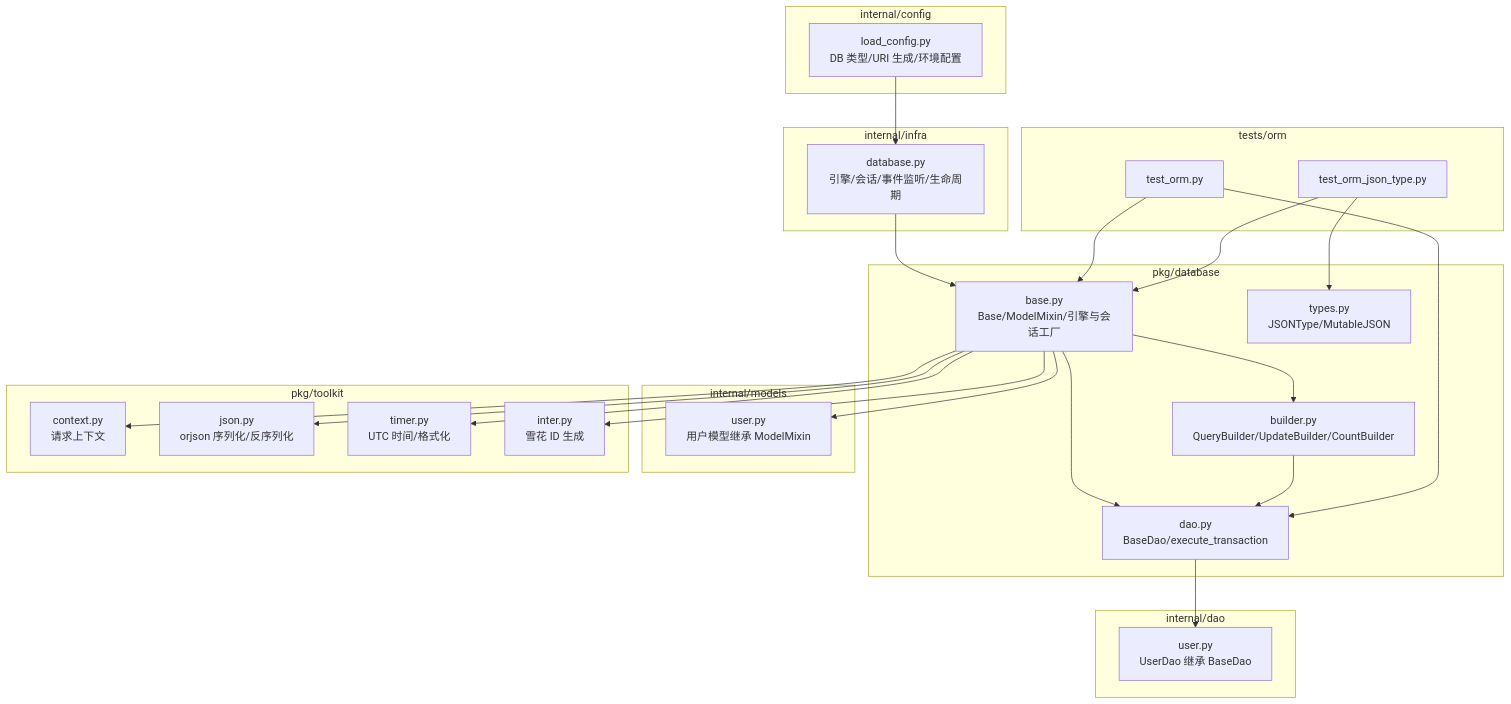
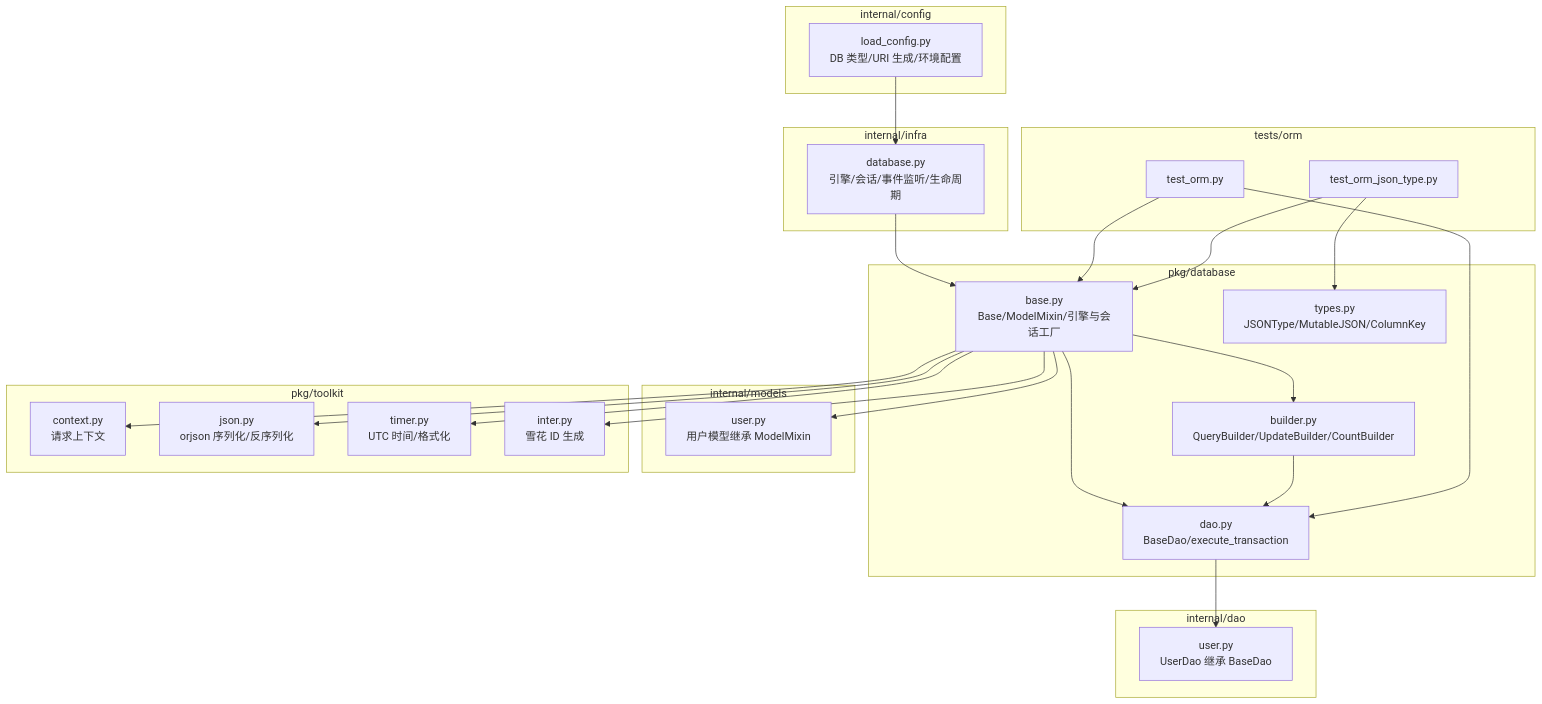
Before and after one commit to lilinzezzzzzz/fastapi-backend: the first of 12 diagrams in .qoder/repowiki/zh/content/基础设施工具/数据库工具.md, drawn with Mermaid. The commit also changed other lines of this file and 38 other files, not shown here.

````diff
--- a/.qoder/repowiki/zh/content/基础设施工具/数据库工具.md
+++ b/.qoder/repowiki/zh/content/基础设施工具/数据库工具.md
@@ -39,46 +41,46 @@
 ```mermaid
 graph TB
 subgraph "pkg/database"
 A["base.py<br/>Base/ModelMixin/引擎与会话工厂"]
 B["builder.py<br/>QueryBuilder/UpdateBuilder/CountBuilder"]
 C["dao.py<br/>BaseDao/execute_transaction"]
-D["types.py<br/>JSONType/MutableJSON"]
+D["types.py<br/>JSONType/MutableJSON/ColumnKey"]
 end
 subgraph "internal/infra"
 E["database.py<br/>引擎/会话/事件监听/生命周期"]
 end
 subgraph "internal/models"
 F["user.py<br/>用户模型继承 ModelMixin"]
 end
 subgraph "internal/dao"
 G["user.py<br/>UserDao 继承 BaseDao"]
 end
 subgraph "internal/config"
 H["load_config.py<br/>DB 类型/URI 生成/环境配置"]
 end
 subgraph "pkg/toolkit"
 I["context.py<br/>请求上下文"]
 J["json.py<br/>orjson 序列化/反序列化"]
 K["timer.py<br/>UTC 时间/格式化"]
 L["inter.py<br/>雪花 ID 生成"]
 end
 subgraph "tests/orm"
 T1["test_orm.py"]
 T2["test_orm_json_type.py"]
 end
 A --> B
 A --> C
 B --> C
 C --> G
 A --> F
 E --> A
 H --> E
 A --> I
 A --> J
 A --> K
 A --> L
 T1 --> A
 T1 --> C
 T2 --> A
 T2 --> D
 ```
````
